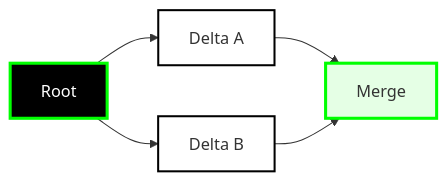
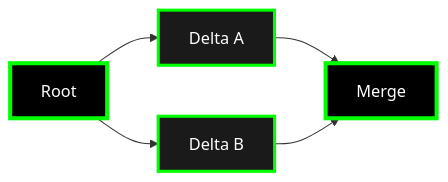
The fifth of 6 diagrams in docs/core-concepts/architecture.md (calimero-network/docs), drawn with Mermaid before and after one commit. The commit also changed other lines of this file, not shown here.

First line of the commit message:
fix: Update all graphs to use dark fills with green borders for visibility

````diff
--- a/docs/core-concepts/architecture.md
+++ b/docs/core-concepts/architecture.md
@@ -102,12 +111,12 @@
 ```mermaid
 flowchart LR
     ROOT[Root] --> A[Delta A]
     ROOT --> B[Delta B]
     A --> MERGE[Merge]
     B --> MERGE
     
-    style ROOT fill:#000000,stroke:#00ff00,stroke-width:3px,color:#ffffff
-    style A fill:#ffffff,stroke:#000000,stroke-width:2px
-    style B fill:#ffffff,stroke:#000000,stroke-width:2px
-    style MERGE fill:#e5ffe5,stroke:#00ff00,stroke-width:3px
+    style ROOT fill:#000000,stroke:#00ff00,stroke-width:4px,color:#ffffff
+    style A fill:#1a1a1a,stroke:#00ff00,stroke-width:3px,color:#ffffff
+    style B fill:#1a1a1a,stroke:#00ff00,stroke-width:3px,color:#ffffff
+    style MERGE fill:#000000,stroke:#00ff00,stroke-width:4px,color:#ffffff
 ```
````
